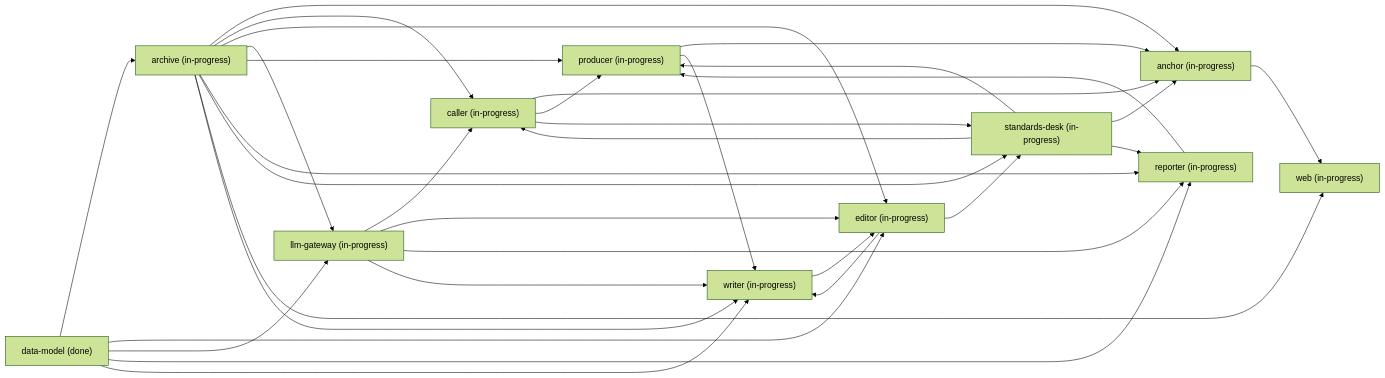
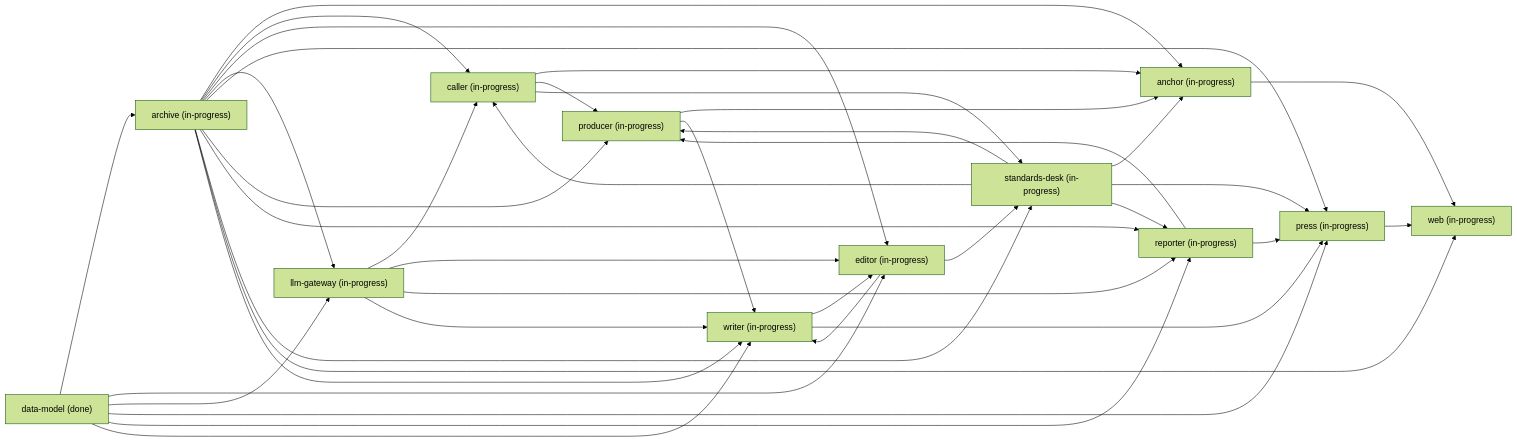
Before and after one commit to Yadnu/newsroom: the diagram in context/GRAPH.md, drawn with Mermaid (forest theme). The commit also changed other lines of this file and 60 other files, not shown here.

First line of the commit message:
press: Press feed of crawler stories with summaries and thumbnails; web feed at / (task 8.2)

````diff
--- a/context/GRAPH.md
+++ b/context/GRAPH.md
@@ -30,46 +31,53 @@
 ```mermaid
 flowchart LR
   anchor["anchor (in-progress)"]
   archive["archive (in-progress)"]
   caller["caller (in-progress)"]
   data_model["data-model (done)"]
   editor["editor (in-progress)"]
   llm_gateway["llm-gateway (in-progress)"]
+  press["press (in-progress)"]
   producer["producer (in-progress)"]
   reporter["reporter (in-progress)"]
   standards_desk["standards-desk (in-progress)"]
   web["web (in-progress)"]
   writer["writer (in-progress)"]
   anchor --> web
   archive --> anchor
   archive --> caller
   archive --> editor
   archive --> llm_gateway
+  archive --> press
   archive --> producer
   archive --> reporter
   archive --> standards_desk
   archive --> web
   archive --> writer
   caller --> anchor
   caller --> producer
   caller --> standards_desk
   data_model --> archive
   data_model --> editor
   data_model --> llm_gateway
+  data_model --> press
   data_model --> reporter
   data_model --> writer
   editor --> standards_desk
   editor --> writer
   llm_gateway --> caller
   llm_gateway --> editor
   llm_gateway --> reporter
   llm_gateway --> writer
+  press --> web
   producer --> anchor
   producer --> writer
+  reporter --> press
   reporter --> producer
   standards_desk --> anchor
   standards_desk --> caller
+  standards_desk --> press
   standards_desk --> producer
   standards_desk --> reporter
   writer --> editor
+  writer --> press
 ```
````
